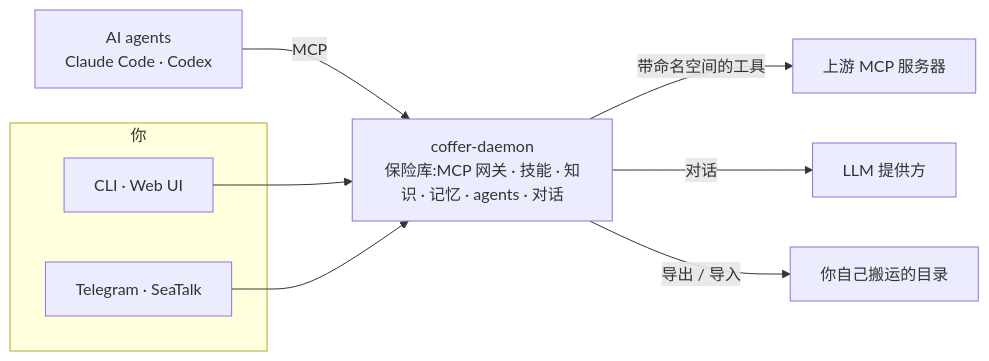
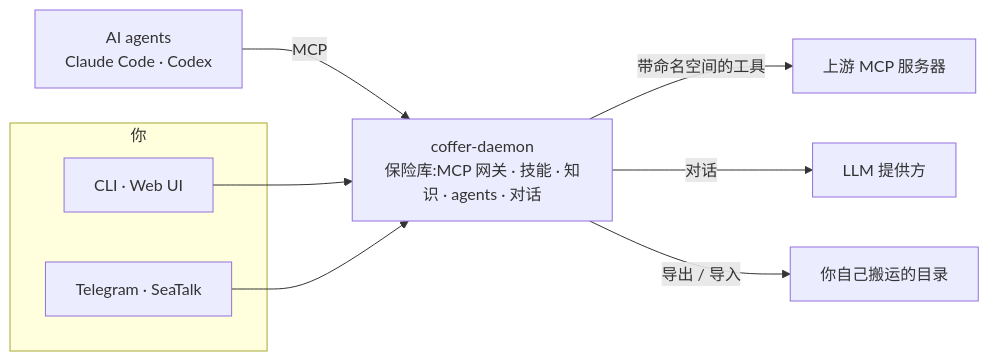
Before and after one commit to wyx-sg/Coffer: the diagram in docs-site/zh/index.md, drawn with Mermaid. The commit also changed other lines of this file and 529 other files, not shown here.

````diff
--- a/docs-site/zh/index.md
+++ b/docs-site/zh/index.md
@@ -31,14 +31,14 @@
 ```mermaid
 flowchart LR
   subgraph You["你"]
     UI["CLI · Web UI"]
     IM["Telegram · SeaTalk"]
   end
   A["AI agents<br/>Claude Code · Codex"] -->|MCP| D
   UI --> D
   IM --> D
-  D["coffer-daemon<br/>保险库:MCP 网关 · 技能 · 知识 · 记忆 · agents · 对话"]
+  D["coffer-daemon<br/>保险库:MCP 网关 · 技能 · 知识 · agents · 对话"]
   D -->|带命名空间的工具| U["上游 MCP 服务器"]
   D -->|对话| L["LLM 提供方"]
   D -->|导出 / 导入| G["你自己搬运的目录"]
 ```
````
